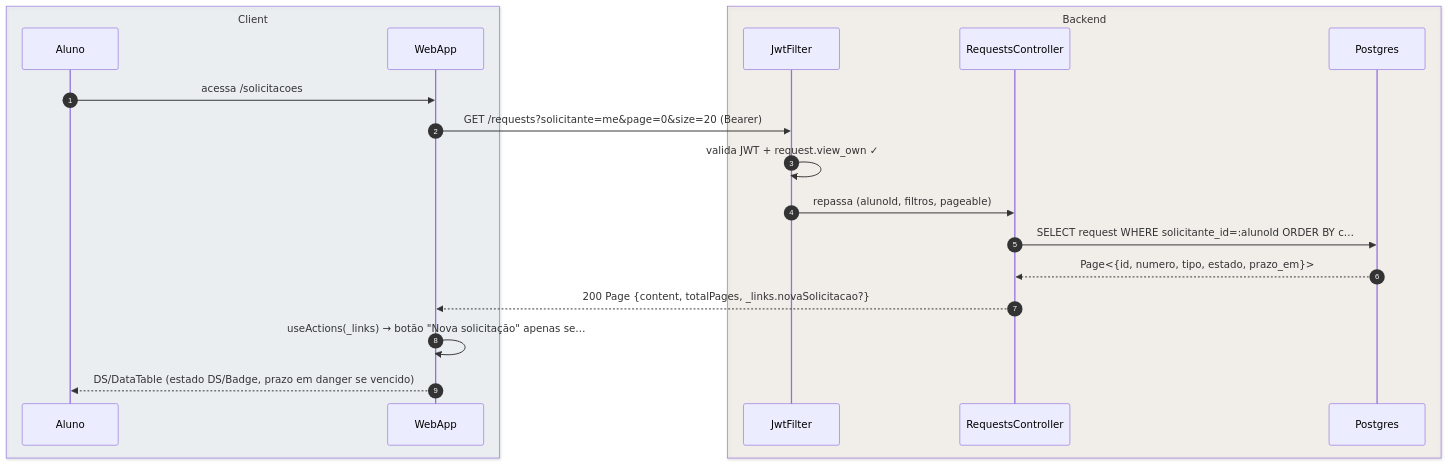
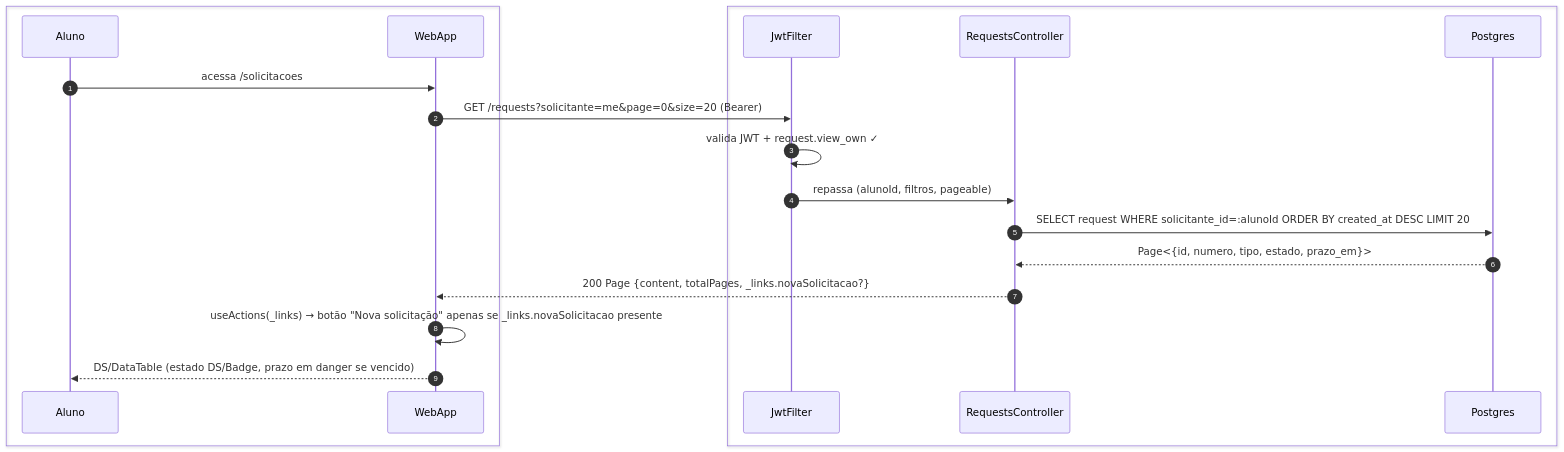
Before and after one commit to umishell/secretariaOnline2: the first of 8 diagrams in foundationDocs/sequenceDiagrams/F1 — Aluno/US-F1-005-SOLICITACOES.md, drawn with Mermaid. The commit also changed other lines of this file and 70 other files, not shown here.

First line of the commit message:
Enhance database documentation and introduce new schema files

````diff
--- a/foundationDocs/sequenceDiagrams/F1 — Aluno/US-F1-005-SOLICITACOES.md
+++ b/foundationDocs/sequenceDiagrams/F1 — Aluno/US-F1-005-SOLICITACOES.md
@@ -65,23 +65,23 @@
 ```mermaid
 sequenceDiagram
     autonumber
-    box rgba(230,245,255,0.3) Client
+    box #e8f4fc Cliente
         participant Aluno
         participant WebApp
     end
-    box rgba(255,245,230,0.3) Backend
+    box #fff8ee Servidor
         participant JwtFilter
         participant RequestsController
         participant Postgres
     end
 
     Aluno->>WebApp: acessa /solicitacoes
     WebApp->>JwtFilter: GET /requests?solicitante=me&page=0&size=20 (Bearer)
     JwtFilter->>JwtFilter: valida JWT + request.view_own ✓
     JwtFilter->>RequestsController: repassa (alunoId, filtros, pageable)
-    RequestsController->>Postgres: SELECT request WHERE solicitante_id=:alunoId ORDER BY c…
+    RequestsController->>Postgres: SELECT request WHERE solicitante_id=:alunoId ORDER BY created_at DESC LIMIT 20
     Postgres-->>RequestsController: Page<{id, numero, tipo, estado, prazo_em}>
     RequestsController-->>WebApp: 200 Page {content, totalPages, _links.novaSolicitacao?}
-    WebApp->>WebApp: useActions(_links) → botão "Nova solicitação" apenas se…
+    WebApp->>WebApp: useActions(_links) → botão "Nova solicitação" apenas se _links.novaSolicitacao presente
     WebApp-->>Aluno: DS/DataTable (estado DS/Badge, prazo em danger se vencido)
 ```
````
